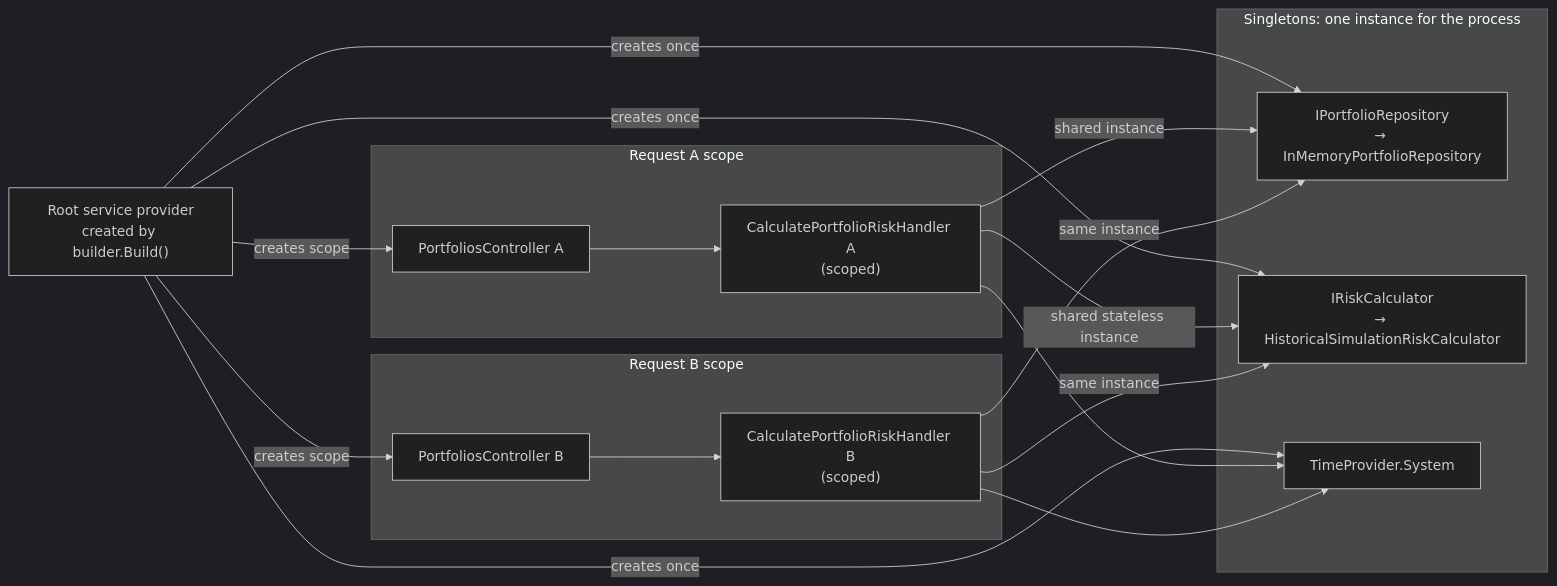
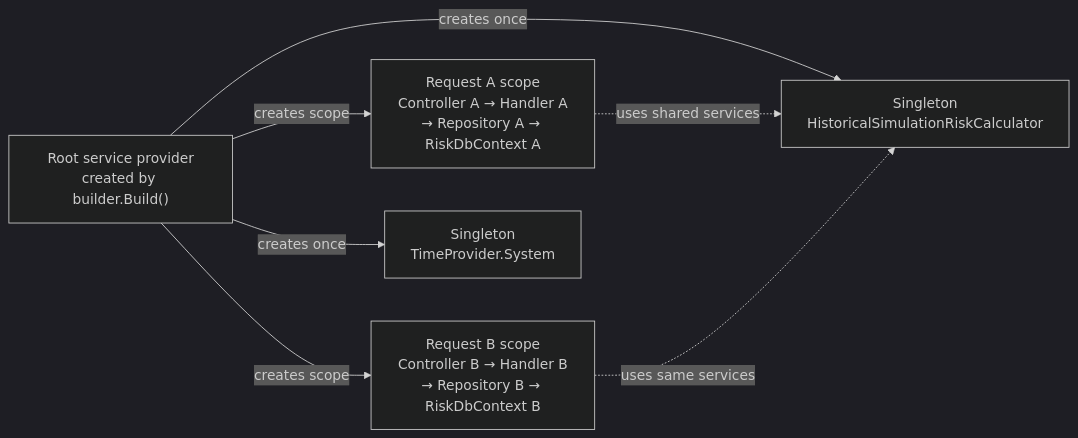
Before and after one commit to moenn1/riskengine: the fifth of 9 diagrams in docs/06-mermaid-diagrams.md, drawn with Mermaid (dark theme). The commit also changed other lines of this file and 46 other files, not shown here.

````diff
--- a/docs/06-mermaid-diagrams.md
+++ b/docs/06-mermaid-diagrams.md
@@ -212,35 +221,15 @@
 ```mermaid
 flowchart LR
     Root["Root service provider<br/>created by builder.Build()"]
+    RequestA["Request A scope<br/>Controller A → Handler A<br/>→ Repository A → RiskDbContext A"]
+    RequestB["Request B scope<br/>Controller B → Handler B<br/>→ Repository B → RiskDbContext B"]
+    Calculator["Singleton<br/>HistoricalSimulationRiskCalculator"]
+    SystemTime["Singleton<br/>TimeProvider.System"]
 
-    subgraph ScopeA["Request A scope"]
-        ControllerA["PortfoliosController A"]
-        HandlerA["CalculatePortfolioRiskHandler A<br/>(scoped)"]
-        ControllerA --> HandlerA
-    end
-
-    subgraph ScopeB["Request B scope"]
-        ControllerB["PortfoliosController B"]
-        HandlerB["CalculatePortfolioRiskHandler B<br/>(scoped)"]
-        ControllerB --> HandlerB
-    end
-
-    subgraph Singletons["Singletons: one instance for the process"]
-        Repository["IPortfolioRepository<br/>→ InMemoryPortfolioRepository"]
-        Calculator["IRiskCalculator<br/>→ HistoricalSimulationRiskCalculator"]
-        Clock["TimeProvider.System"]
-    end
-
-    Root -->|"creates scope"| ControllerA
-    Root -->|"creates scope"| ControllerB
-    Root -->|"creates once"| Repository
+    Root -->|"creates scope"| RequestA
+    Root -->|"creates scope"| RequestB
     Root -->|"creates once"| Calculator
-    Root -->|"creates once"| Clock
-
-    HandlerA -->|"shared instance"| Repository
-    HandlerB -->|"same instance"| Repository
-    HandlerA -->|"shared stateless instance"| Calculator
-    HandlerB -->|"same instance"| Calculator
-    HandlerA --> Clock
-    HandlerB --> Clock
+    Root -->|"creates once"| SystemTime
+    RequestA -. "uses shared services" .-> Calculator
+    RequestB -. "uses same services" .-> Calculator
 ```
````
